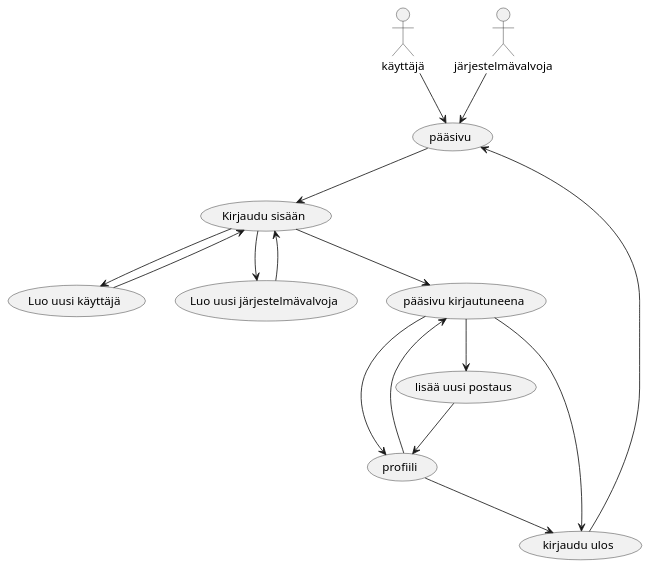
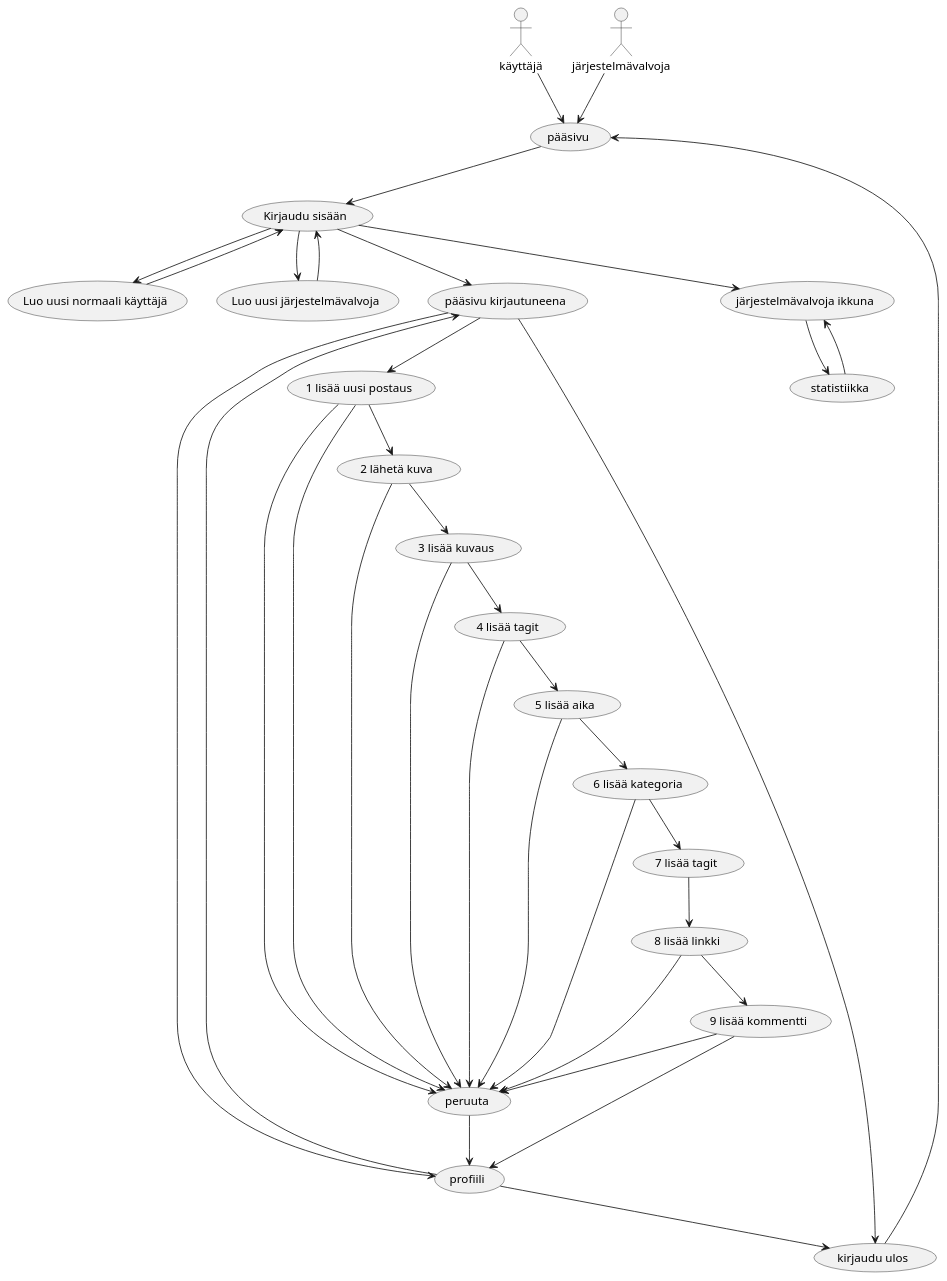
Before and after one commit to Krugou/medialiapp: the diagram in uml/uiKulku.wsd, drawn with PlantUML.

```diff
--- a/uml/uiKulku.wsd
+++ b/uml/uiKulku.wsd
@@ -1,18 +1,44 @@
 @startuml uikulku
 käyttäjä--> (pääsivu)
 järjestelmävalvoja --> (pääsivu)
     (pääsivu) --> (Kirjaudu sisään)
-    (Kirjaudu sisään)--> (Luo uusi käyttäjä)
-    (Luo uusi käyttäjä)--> (Kirjaudu sisään)
+    (Kirjaudu sisään)--> (Luo uusi normaali käyttäjä)
+    (Luo uusi normaali käyttäjä)--> (Kirjaudu sisään)
     (Kirjaudu sisään)--> (Luo uusi järjestelmävalvoja)
     (Luo uusi järjestelmävalvoja)--> (Kirjaudu sisään)
     (Kirjaudu sisään)--> (pääsivu kirjautuneena)
     (pääsivu kirjautuneena)-->(profiili)
     (profiili)--> (pääsivu kirjautuneena)
-    (pääsivu kirjautuneena)--> (lisää uusi postaus)
-    (lisää uusi postaus)--> (profiili)
+    (pääsivu kirjautuneena)--> (1 lisää uusi postaus)
+    (1 lisää uusi postaus)--> (peruuta)
     (kirjaudu ulos)-->(pääsivu)
     (pääsivu kirjautuneena)--> (kirjaudu ulos)
     (profiili)--> (kirjaudu ulos)
-
+    (1 lisää uusi postaus)-->(2 lähetä kuva)
+    (1 lisää uusi postaus)-->(peruuta)
+    (2 lähetä kuva)--> (peruuta)
+    (2 lähetä kuva)-->(3 lisää kuvaus)
+    (3 lisää kuvaus)--> (peruuta)
+    (3 lisää kuvaus)--> (4 lisää tagit)
+    (4 lisää tagit)--> (peruuta)
+    (4 lisää tagit)--> (5 lisää aika)
+    (5 lisää aika)--> (peruuta)
+    (5 lisää aika)--> (6 lisää kategoria)
+    (6 lisää kategoria)--> (7 lisää tagit)
+    (6 lisää kategoria)--> (peruuta)
+    (7 lisää tagit)--> (8 lisää linkki)
+    (8 lisää linkki)-->(peruuta)
+    (8 lisää linkki)--> (9 lisää kommentti)
+    (9 lisää kommentti)-->(peruuta)
+    (9 lisää kommentti)--> (profiili)
+    (peruuta)--> (profiili)
+    
+    
+    
+    
+    
+    
+    (Kirjaudu sisään)-->(järjestelmävalvoja ikkuna)
+    (järjestelmävalvoja ikkuna)--> (statistiikka)
+    (statistiikka)--> (järjestelmävalvoja ikkuna)
   @enduml
```
